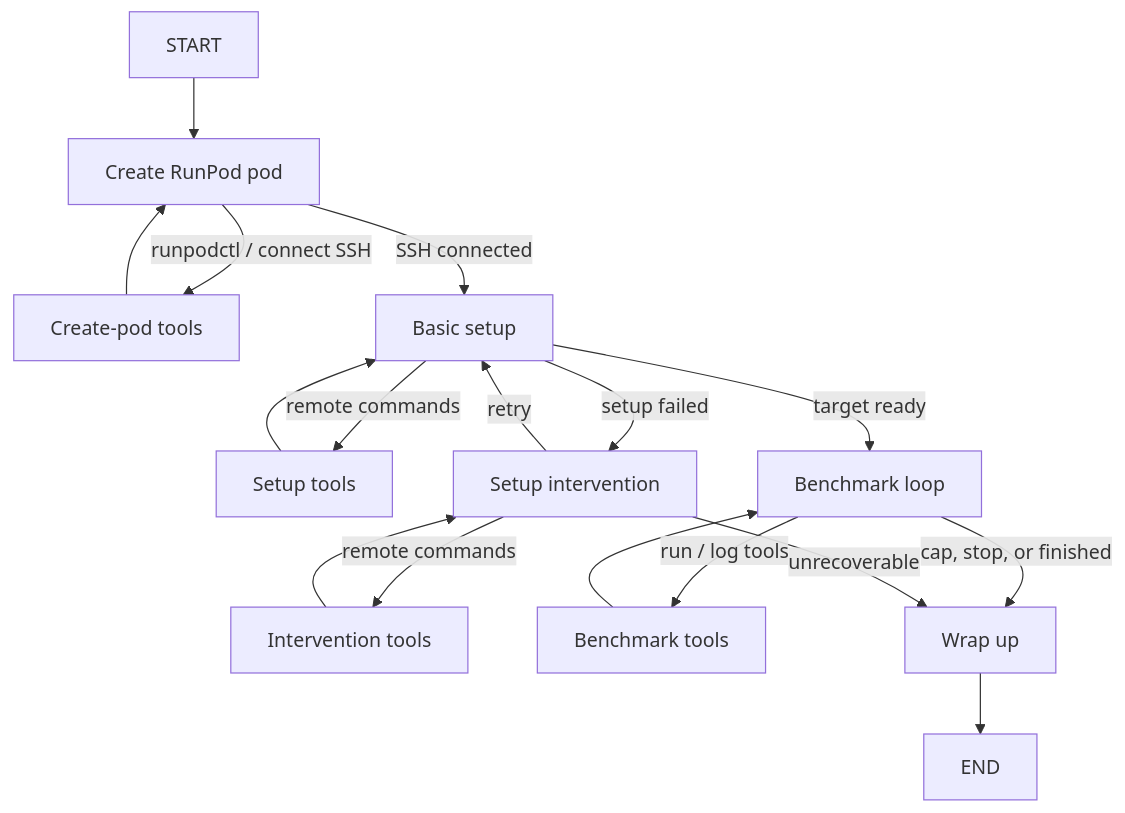
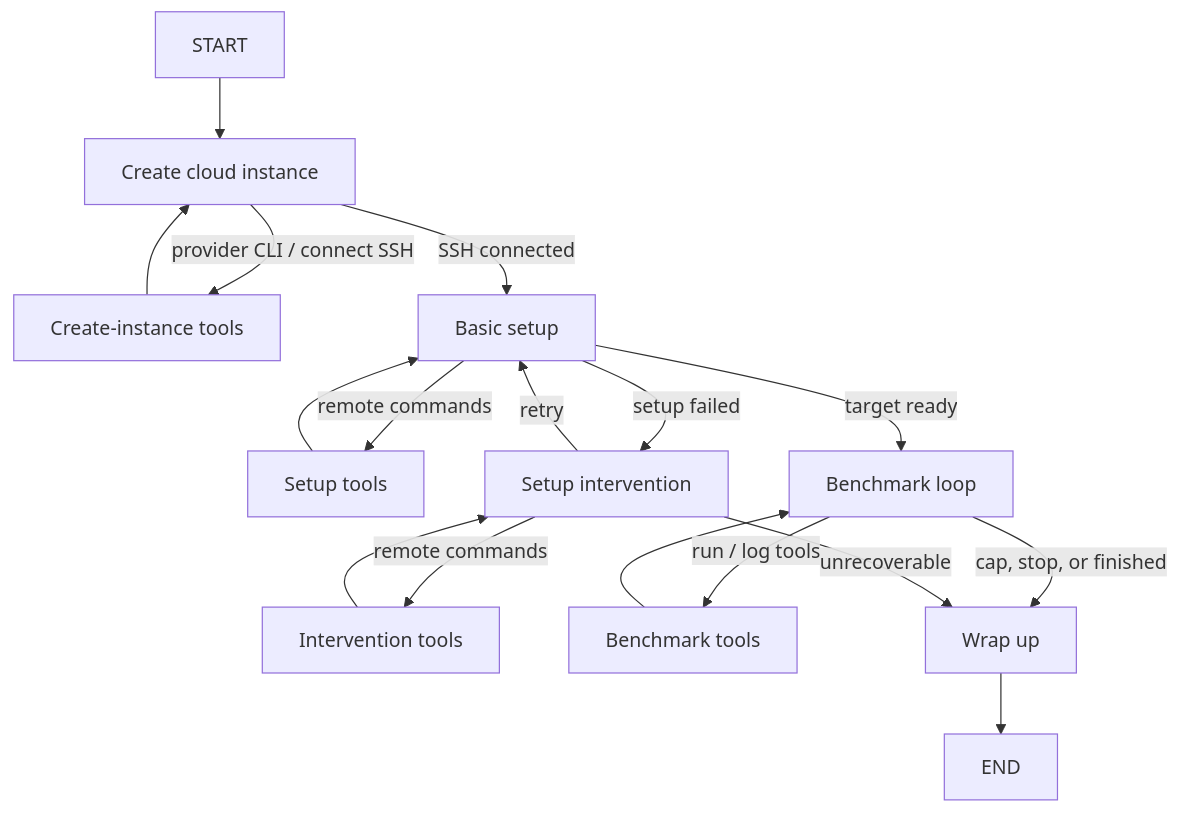
The third of 5 diagrams in structures.md (coder-2011/perferox), drawn with Mermaid before and after one commit. The commit also changed other lines of this file and 1 other file, not shown here.

Commit message:
document Lambda provider support

````diff
--- a/structures.md
+++ b/structures.md
@@ -97,21 +97,21 @@
 ```mermaid
 flowchart TD
-  start["START"] --> create["Create RunPod pod"]
-  create -->|"runpodctl / connect SSH"| create_tools["Create-pod tools"]
+  start["START"] --> create["Create cloud instance"]
+  create -->|"provider CLI / connect SSH"| create_tools["Create-instance tools"]
   create_tools --> create
   create -->|"SSH connected"| setup["Basic setup"]
 
   setup -->|"remote commands"| setup_tools["Setup tools"]
   setup_tools --> setup
   setup -->|"setup failed"| intervention["Setup intervention"]
   intervention -->|"remote commands"| intervention_tools["Intervention tools"]
   intervention_tools --> intervention
   intervention -->|"retry"| setup
 
   setup -->|"target ready"| bench["Benchmark loop"]
   bench -->|"run / log tools"| bench_tools["Benchmark tools"]
   bench_tools --> bench
   bench -->|"cap, stop, or finished"| wrap["Wrap up"]
   intervention -->|"unrecoverable"| wrap
   wrap --> finish["END"]
 ```
````
